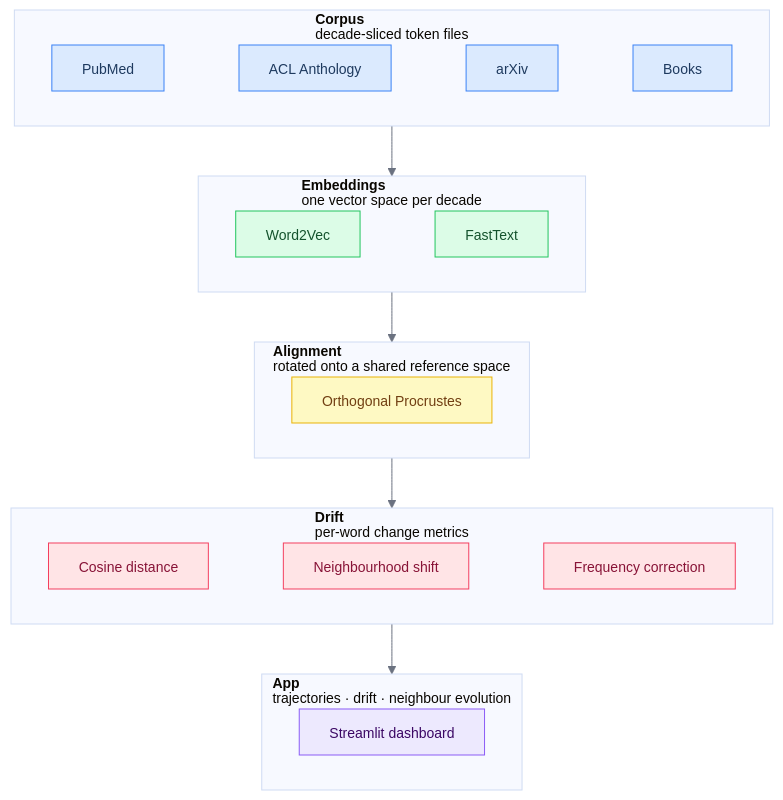
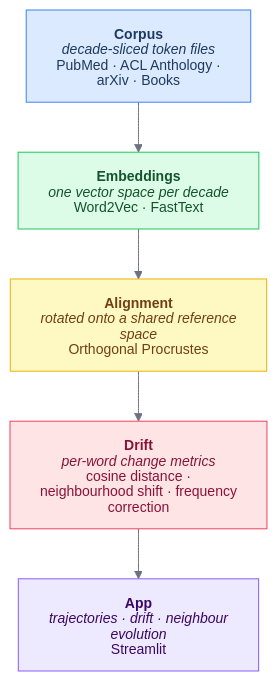
The diagram in README.md (Dovalization/interpretant), drawn with Mermaid before and after one commit.

Commit message:
docs(readme): replace subgraph layout with single nodes for clean multiline titles

````diff
--- a/README.md
+++ b/README.md
@@ -46,47 +46,31 @@
 ```mermaid
-%%{init: {'theme': 'base', 'htmlLabels': false, 'themeVariables': {'fontSize': '14px', 'lineColor': '#6b7280', 'edgeLabelBackground': '#ffffff'}}}%%
+%%{init: {'theme': 'base', 'htmlLabels': false, 'themeVariables': {'fontSize': '14px', 'lineColor': '#6b7280'}}}%%
 flowchart TD
-    classDef corpus  fill:#dbeafe,stroke:#3b82f6,color:#1e3a5f
-    classDef embed   fill:#dcfce7,stroke:#22c55e,color:#14532d
-    classDef align   fill:#fef9c3,stroke:#eab308,color:#713f12
-    classDef drift   fill:#ffe4e6,stroke:#f43f5e,color:#881337
-    classDef app     fill:#ede9fe,stroke:#8b5cf6,color:#3b0764
+    classDef corpus fill:#dbeafe,stroke:#3b82f6,color:#1e3a5f
+    classDef embed  fill:#dcfce7,stroke:#22c55e,color:#14532d
+    classDef align  fill:#fef9c3,stroke:#eab308,color:#713f12
+    classDef drift  fill:#ffe4e6,stroke:#f43f5e,color:#881337
+    classDef app    fill:#ede9fe,stroke:#8b5cf6,color:#3b0764
 
-    subgraph corpus["`**Corpus**
-    decade-sliced token files`"]
-        direction LR
-        C1[PubMed] ~~~ C2[ACL Anthology] ~~~ C3[arXiv] ~~~ C4[Books]
-    end
+    C["`**Corpus**
+    *decade-sliced token files*
+    PubMed · ACL Anthology · arXiv · Books`"]:::corpus
 
-    subgraph embed["`**Embeddings**
-    one vector space per decade`"]
-        direction LR
-        E1[Word2Vec] ~~~ E2[FastText]
-    end
+    E["`**Embeddings**
+    *one vector space per decade*
+    Word2Vec · FastText`"]:::embed
 
-    subgraph align["`**Alignment**
-    rotated onto a shared reference space`"]
-        direction LR
-        A1[Orthogonal Procrustes]
-    end
+    A["`**Alignment**
+    *rotated onto a shared reference space*
+    Orthogonal Procrustes`"]:::align
 
-    subgraph drift["`**Drift**
-    per-word change metrics`"]
-        direction LR
-        D1[Cosine distance] ~~~ D2[Neighbourhood shift] ~~~ D3[Frequency correction]
-    end
+    D["`**Drift**
+    *per-word change metrics*
+    cosine distance · neighbourhood shift · frequency correction`"]:::drift
 
-    subgraph app["`**App**
-    trajectories · drift · neighbour evolution`"]
-        direction LR
-        P1[Streamlit dashboard]
-    end
+    P["`**App**
+    *trajectories · drift · neighbour evolution*
+    Streamlit`"]:::app
 
-    corpus --> embed --> align --> drift --> app
-
-    class C1,C2,C3,C4 corpus
-    class E1,E2 embed
-    class A1 align
-    class D1,D2,D3 drift
-    class P1 app
+    C --> E --> A --> D --> P
 ```
````
